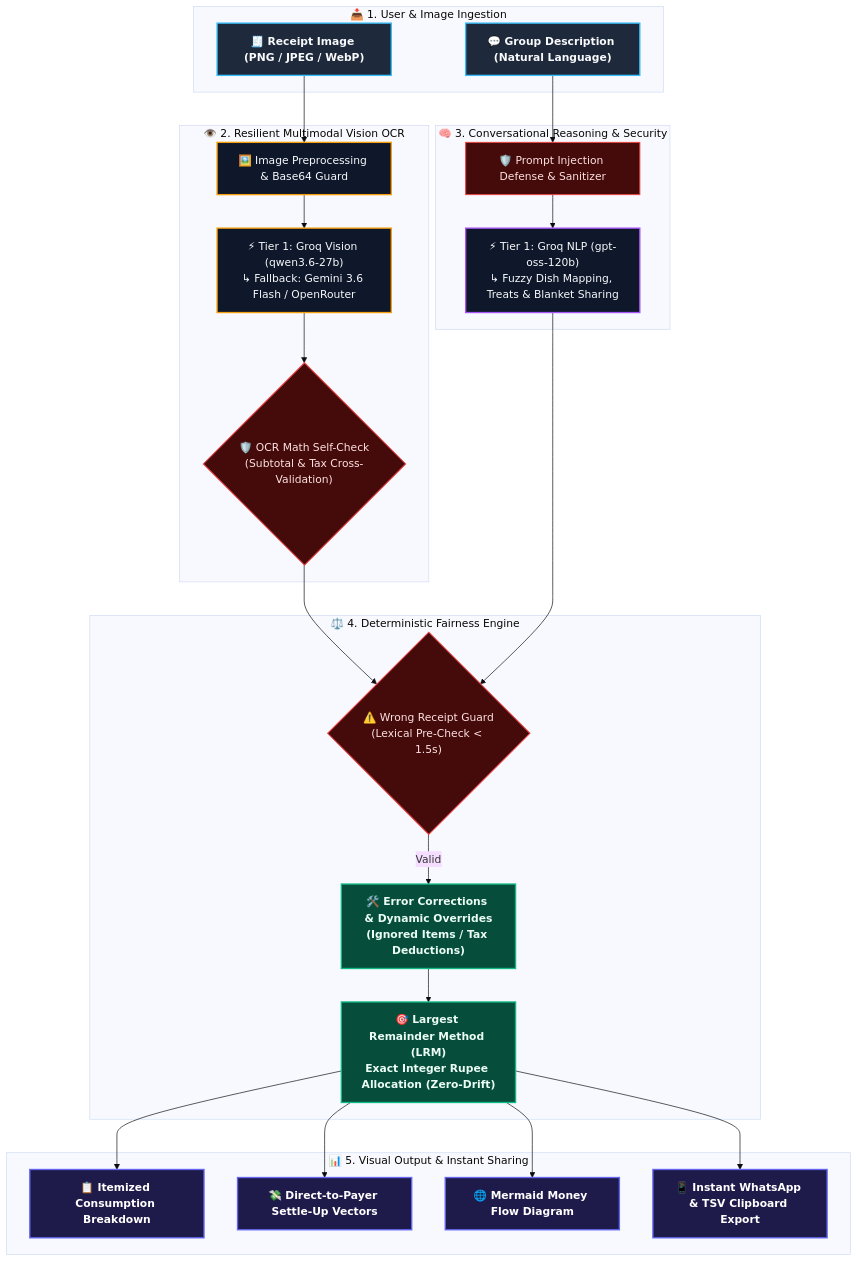
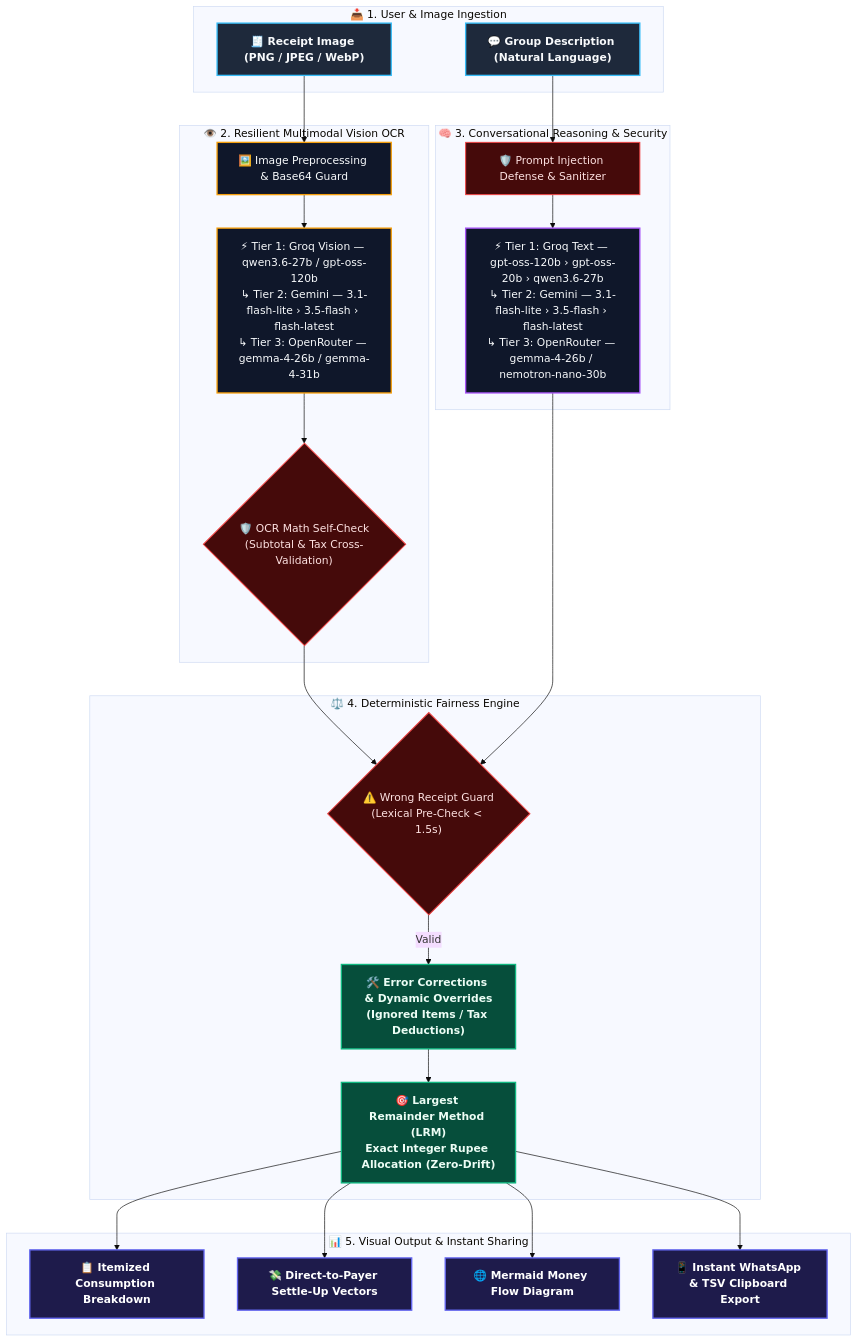
Before and after one commit to SVSPraveen/Fair-Split: the diagram in README.md, drawn with Mermaid (base theme). The commit also changed other lines of this file, not shown here.

Commit message:
docs: fix architecture section with accurate multi-model failover chains, correct tier order (Groq → Gemini → OpenRouter) and real model IDs

````diff
--- a/README.md
+++ b/README.md
@@ -48,40 +48,40 @@
 ```mermaid
 flowchart TD
     %% Styling Classes
     classDef inputStyle fill:#1e293b,stroke:#38bdf8,stroke-width:2px,color:#f8fafc,font-weight:bold;
     classDef visionStyle fill:#0f172a,stroke:#f59e0b,stroke-width:2px,color:#f8fafc;
     classDef nlpStyle fill:#0f172a,stroke:#a855f7,stroke-width:2px,color:#f8fafc;
     classDef mathStyle fill:#064e3b,stroke:#10b981,stroke-width:2px,color:#ecfdf5,font-weight:bold;
     classDef outputStyle fill:#1e1b4b,stroke:#6366f1,stroke-width:2px,color:#ffffff,font-weight:bold;
     classDef guardStyle fill:#450a0a,stroke:#ef4444,stroke-width:1.5px,color:#fee2e2;
 
     subgraph Inputs ["📥 1. User & Image Ingestion"]
         IMG["🧾 Receipt Image (PNG / JPEG / WebP)"]:::inputStyle
         TXT["💬 Group Description (Natural Language)"]:::inputStyle
     end
 
     subgraph VisionPipeline ["👁️ 2. Resilient Multimodal Vision OCR"]
         IMG --> PREP["🖼️ Image Preprocessing & Base64 Guard"]:::visionStyle
-        PREP --> OCR["⚡ Tier 1: Groq Vision (qwen3.6-27b)<br/>↳ Fallback: Gemini 3.6 Flash / OpenRouter"]:::visionStyle
+        PREP --> OCR["⚡ Tier 1: Groq Vision — qwen3.6-27b / gpt-oss-120b<br/>↳ Tier 2: Gemini — 3.1-flash-lite › 3.5-flash › flash-latest<br/>↳ Tier 3: OpenRouter — gemma-4-26b / gemma-4-31b"]:::visionStyle
         OCR --> V_CHECK{"🛡️ OCR Math Self-Check<br/>(Subtotal & Tax Cross-Validation)"}:::guardStyle
     end
 
     subgraph NLPPipeline ["🧠 3. Conversational Reasoning & Security"]
         TXT --> INJ["🛡️ Prompt Injection Defense & Sanitizer"]:::guardStyle
-        INJ --> NLP["⚡ Tier 1: Groq NLP (gpt-oss-120b)<br/>↳ Fuzzy Dish Mapping, Treats & Blanket Sharing"]:::nlpStyle
+        INJ --> NLP["⚡ Tier 1: Groq Text — gpt-oss-120b › gpt-oss-20b › qwen3.6-27b<br/>↳ Tier 2: Gemini — 3.1-flash-lite › 3.5-flash › flash-latest<br/>↳ Tier 3: OpenRouter — gemma-4-26b / nemotron-nano-30b"]:::nlpStyle
     end
 
     subgraph CoreEngine ["⚖️ 4. Deterministic Fairness Engine"]
         V_CHECK --> MISMATCH{"⚠️ Wrong Receipt Guard<br/>(Lexical Pre-Check < 1.5s)"}:::guardStyle
         NLP --> MISMATCH
         MISMATCH -->|Valid| CORR["🛠️ Error Corrections & Dynamic Overrides<br/>(Ignored Items / Tax Deductions)"]:::mathStyle
         CORR --> LRM["🎯 Largest Remainder Method (LRM)<br/>Exact Integer Rupee Allocation (Zero-Drift)"]:::mathStyle
     end
 
     subgraph OutputLayer ["📊 5. Visual Output & Instant Sharing"]
         LRM --> TBL["📋 Itemized Consumption Breakdown"]:::outputStyle
         LRM --> S_UP["💸 Direct-to-Payer Settle-Up Vectors"]:::outputStyle
         LRM --> MER["🌐 Mermaid Money Flow Diagram"]:::outputStyle
         LRM --> EXP["📱 Instant WhatsApp & TSV Clipboard Export"]:::outputStyle
     end
 ```
````
